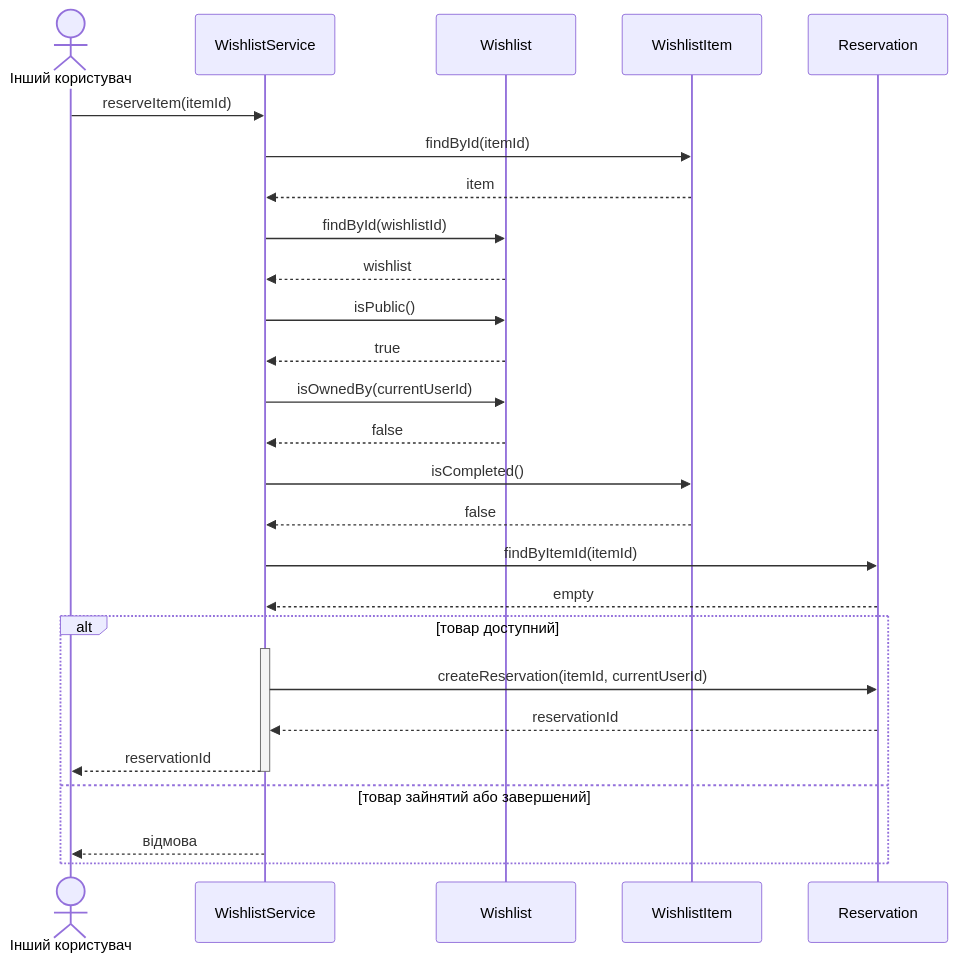
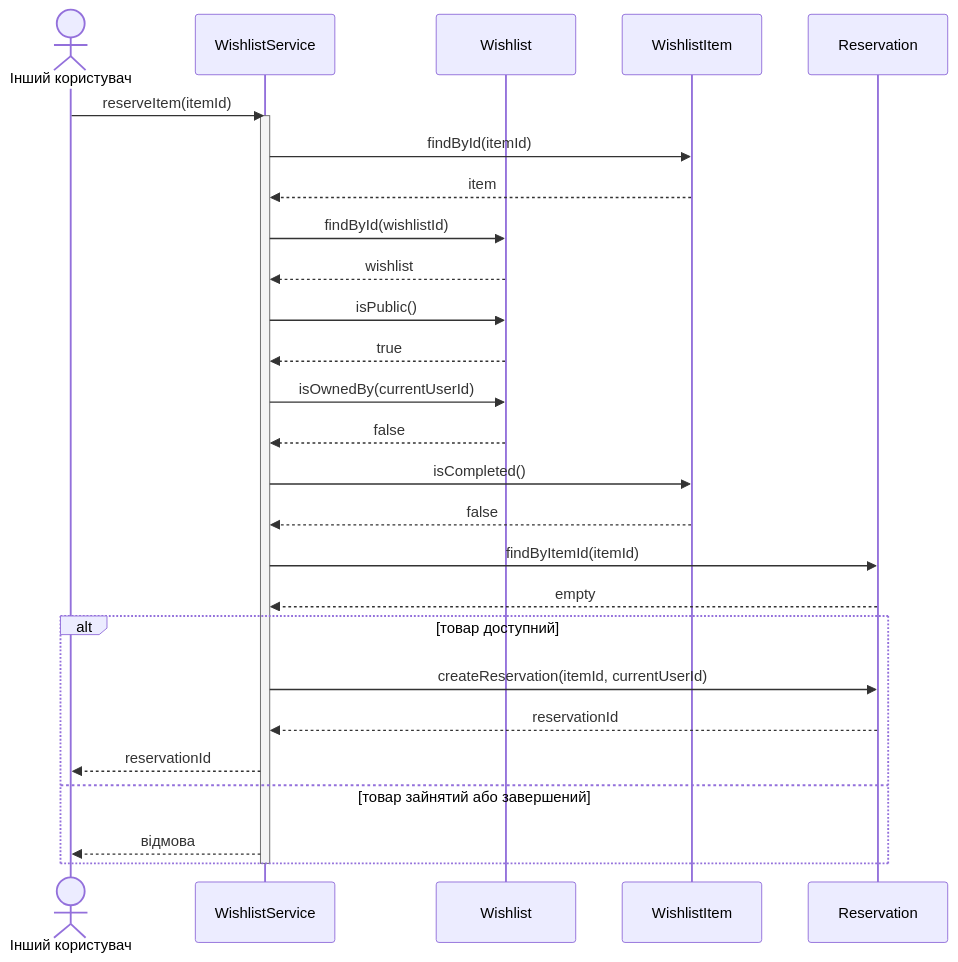
One commit to mariiahosp/kpi-labs changed the diagram in lab3/sc-03-reserve-item.md. Above: the diagram before and after it, drawn with Mermaid. The commit also changed 1 other file, not shown here.

Commit message:
fix: keep wishlist service activation around alt

````diff
--- a/lab3/sc-03-reserve-item.md
+++ b/lab3/sc-03-reserve-item.md
@@ -3,32 +3,32 @@
 ```mermaid
 sequenceDiagram
     actor User as Інший користувач
     participant S as WishlistService
     participant W as Wishlist
     participant Item as WishlistItem
     participant R as Reservation
 
     User->>S: reserveItem(itemId)
+    activate S
     S->>Item: findById(itemId)
     Item-->>S: item
     S->>W: findById(wishlistId)
     W-->>S: wishlist
     S->>W: isPublic()
     W-->>S: true
     S->>W: isOwnedBy(currentUserId)
     W-->>S: false
     S->>Item: isCompleted()
     Item-->>S: false
     S->>R: findByItemId(itemId)
     R-->>S: empty
 
     alt товар доступний
-        activate S
         S->>R: createReservation(itemId, currentUserId)
         R-->>S: reservationId
         S-->>User: reservationId
-        deactivate S
     else товар зайнятий або завершений
         S-->>User: відмова
     end
+    deactivate S
 ```
````
